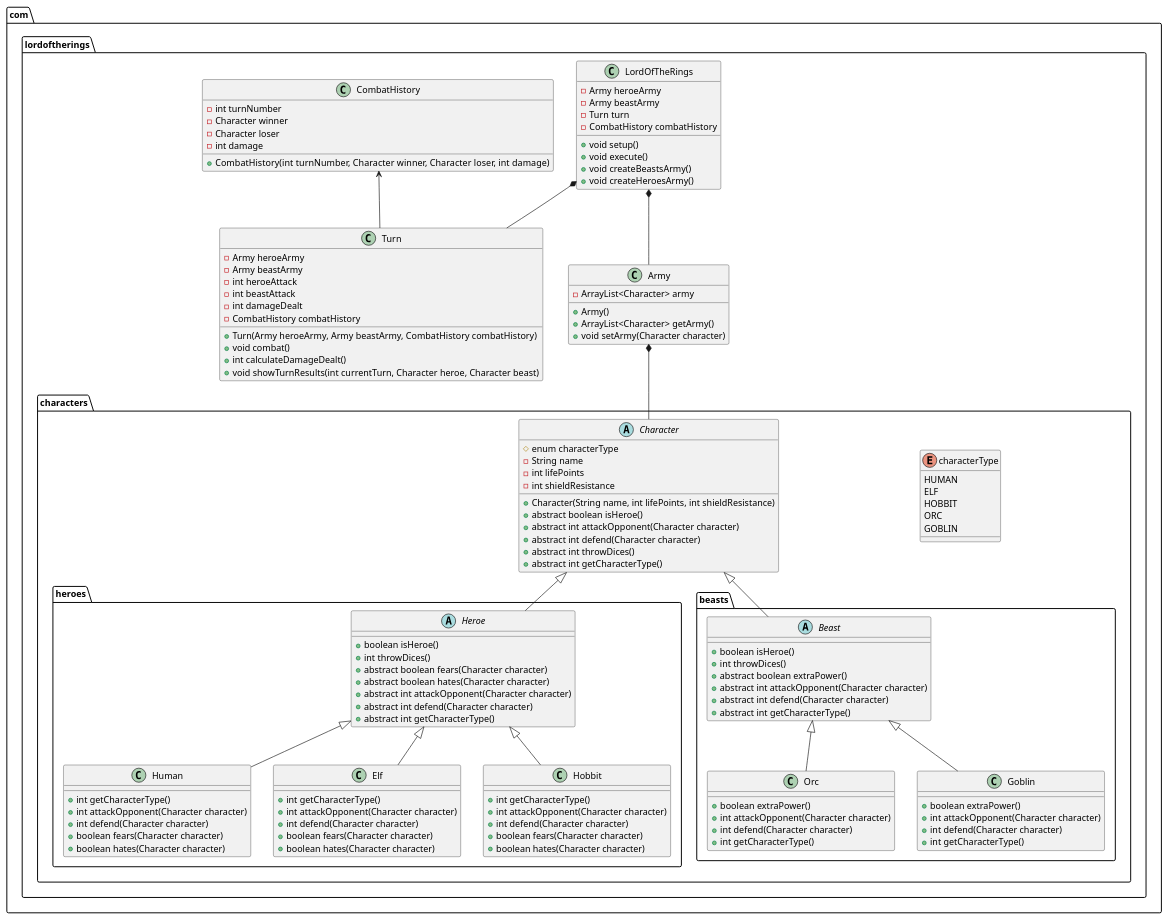
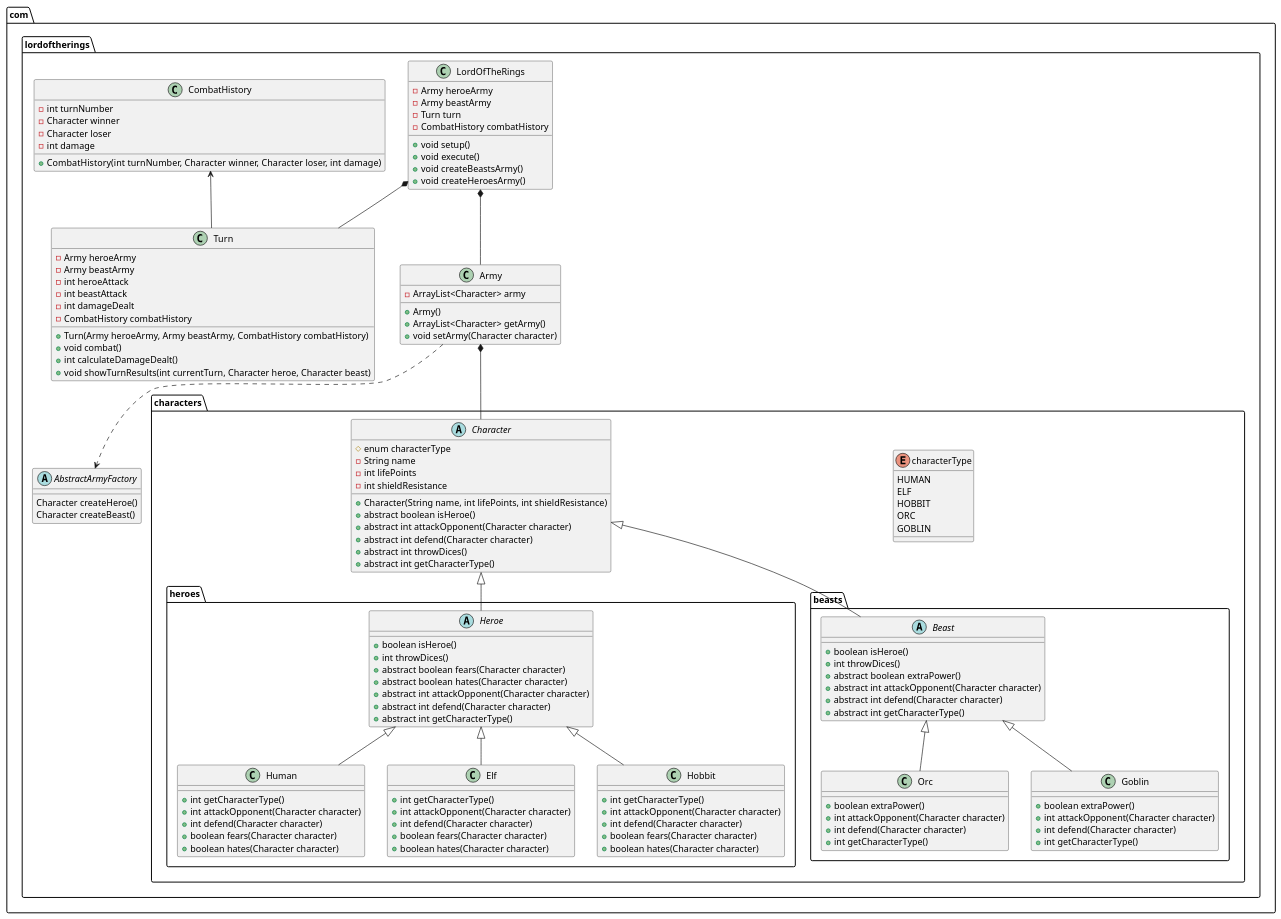
One commit to daniel-Lopez-telus/LordOfTheRings changed the diagram in docs/ClassDiagram.puml. Above: the diagram before and after it, drawn with PlantUML. The commit also changed 1 other file, not shown here.

Commit message:
diagram updated

```diff
--- a/docs/ClassDiagram.puml
+++ b/docs/ClassDiagram.puml
@@ -1,150 +1,158 @@
 @startuml LordOfTheRings
 
 package com.lordoftherings{
     class LordOfTheRings{
         -Army heroeArmy
         -Army beastArmy
         -Turn turn
         -CombatHistory combatHistory
 
         +void setup()
         +void execute()
         +void createBeastsArmy()
         +void createHeroesArmy()
     }
 
     class Turn{
         -Army heroeArmy
         -Army beastArmy
         -int heroeAttack
         -int beastAttack
         -int damageDealt
         -CombatHistory combatHistory
 
         +Turn(Army heroeArmy, Army beastArmy, CombatHistory combatHistory)
         +void combat()
         +int calculateDamageDealt()
         +void showTurnResults(int currentTurn, Character heroe, Character beast)
     }
 
     class CombatHistory{
         -int turnNumber
         -Character winner
         -Character loser
         -int damage
 
         +CombatHistory(int turnNumber, Character winner, Character loser, int damage)
     }
 
     package characters{
         enum characterType{
             HUMAN
             ELF
             HOBBIT
             ORC
             GOBLIN
         }
 
         abstract class Character{
             #enum characterType
             -String name
             -int lifePoints
             -int shieldResistance
 
             +Character(String name, int lifePoints, int shieldResistance)
             +abstract boolean isHeroe()
             +abstract int attackOpponent(Character character)
             +abstract int defend(Character character)
             +abstract int throwDices()
             +abstract int getCharacterType()
         }
 
         package heroes{
             abstract class Heroe{
                 +boolean isHeroe()
                 +int throwDices()
                 +abstract boolean fears(Character character)
                 +abstract boolean hates(Character character)
                 +abstract int attackOpponent(Character character)
                 +abstract int defend(Character character)
                 +abstract int getCharacterType()
             }
 
             class Human{            
                 +int getCharacterType()
                 +int attackOpponent(Character character)
                 +int defend(Character character)
                 +boolean fears(Character character)
                 +boolean hates(Character character)
             }
 
             class Elf{
                 +int getCharacterType()
                 +int attackOpponent(Character character)
                 +int defend(Character character)
                 +boolean fears(Character character)
                 +boolean hates(Character character)
             }
 
             class Hobbit{
                 +int getCharacterType()
                 +int attackOpponent(Character character)
                 +int defend(Character character)
                 +boolean fears(Character character)
                 +boolean hates(Character character)
             }
         }
 
         package beasts{
             abstract class Beast{
                 +boolean isHeroe()
                 +int throwDices()
                 +abstract boolean extraPower()
                 +abstract int attackOpponent(Character character)
                 +abstract int defend(Character character)
                 +abstract int getCharacterType()
             }
 
             class Orc{
                 +boolean extraPower()
                 +int attackOpponent(Character character)
                 +int defend(Character character)
                 +int getCharacterType()
             }
 
             class Goblin{
                 +boolean extraPower()
                 +int attackOpponent(Character character)
                 +int defend(Character character)
                 +int getCharacterType()
             }
         }
     }
 
     class Army{
         -ArrayList<Character> army
 
         +Army()
         +ArrayList<Character> getArmy()
         +void setArmy(Character character)
     }
+
+    abstract class AbstractArmyFactory {
+        Character createHeroe()
+        Character createBeast()
+    }
 }
 
 LordOfTheRings *-- Turn
 LordOfTheRings *-- Army
 
 Army *-- Character
 
 Character <|-- Heroe
 Character <|-- Beast
 
 Heroe <|-- Human
 Heroe <|-- Elf
 Heroe <|-- Hobbit
 
 Beast <|-- Orc
 Beast <|-- Goblin
 
 CombatHistory <-- Turn
 
+Army ..> AbstractArmyFactory
+
+
 @enduml
```
